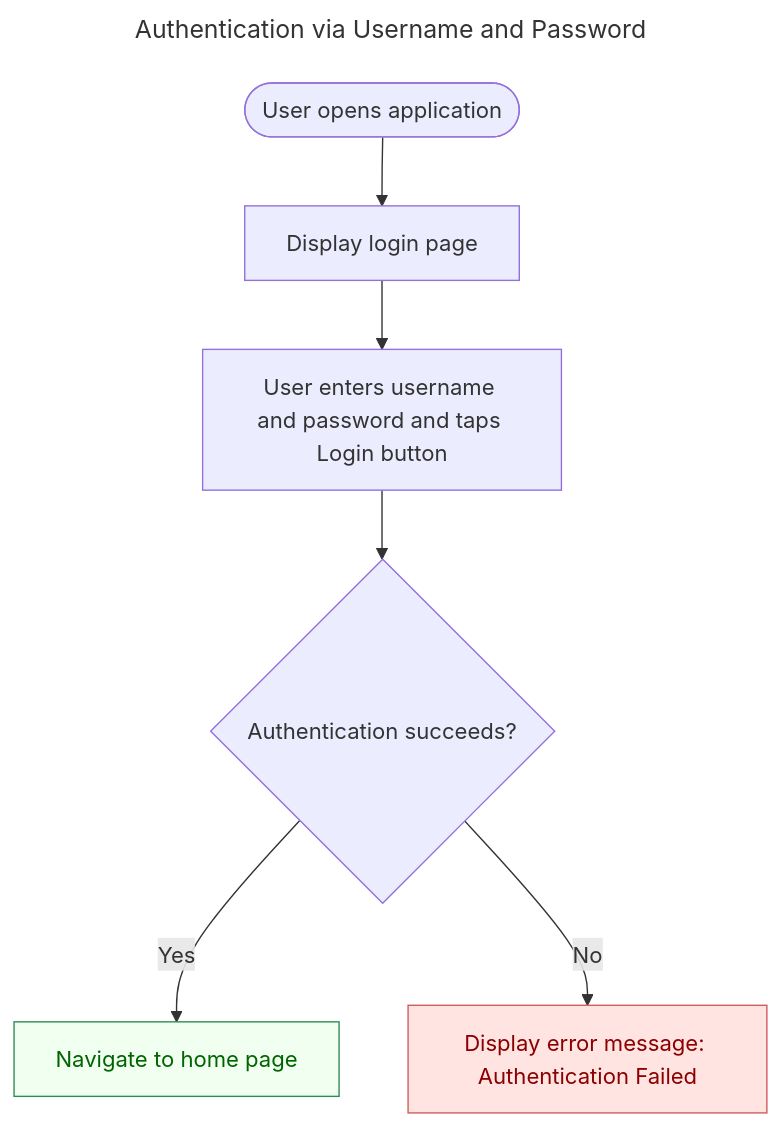
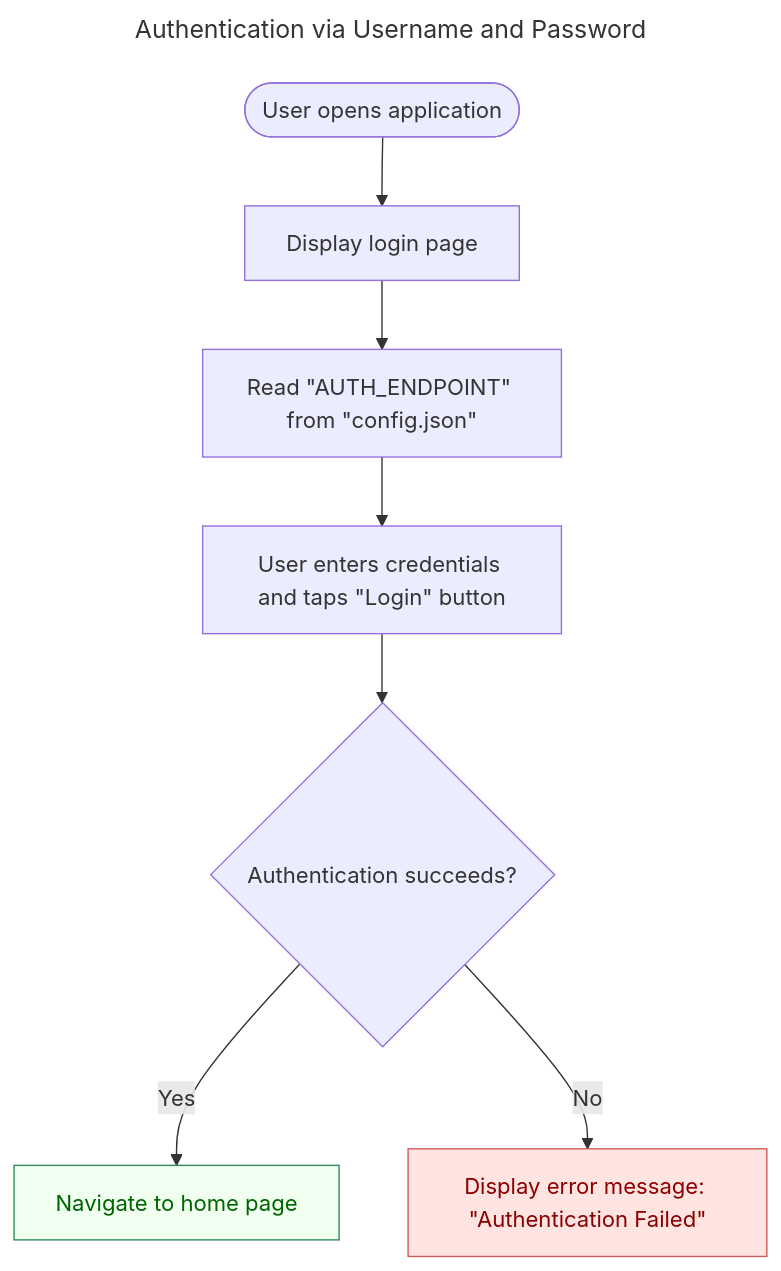
Before and after one commit to levelrin/skillz: the diagram in mermaid/flowchart.md, drawn with Mermaid. The commit also changed other lines of this file, not shown here.

Commit message:
Wrap technical names and user-facing UI text or messages in double quotes.

````diff
--- a/mermaid/flowchart.md
+++ b/mermaid/flowchart.md
@@ -8,15 +8,16 @@
 ```mermaid
 ---
 title: Authentication via Username and Password
 ---
 flowchart TD
   Start(["User opens application"]) --> DisplayLogin["Display login page"]
-  DisplayLogin --> EnterCreds["User enters username and password and taps Login button"]
+  DisplayLogin --> LoadConfig["Read #quot;AUTH_ENDPOINT#quot; from #quot;config.json#quot;"]
+  LoadConfig --> EnterCreds["User enters credentials and taps #quot;Login#quot; button"]
   EnterCreds --> AuthCheck{"Authentication succeeds?"}
 
   AuthCheck -- "Yes" --> Home["Navigate to home page"]
-  AuthCheck -- "No" --> Error["Display error message: Authentication Failed"]
+  AuthCheck -- "No" --> Error["Display error message: #quot;Authentication Failed#quot;"]
 
   style Home fill: honeydew, stroke: seagreen, color: darkgreen
   style Error fill: mistyrose, stroke: indianred, color: darkred
 ```
````
